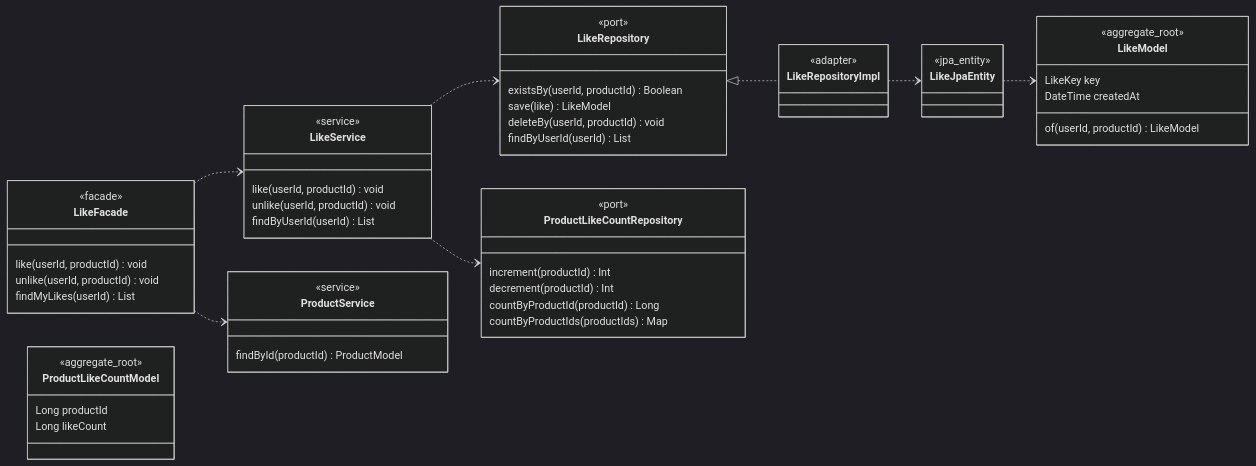
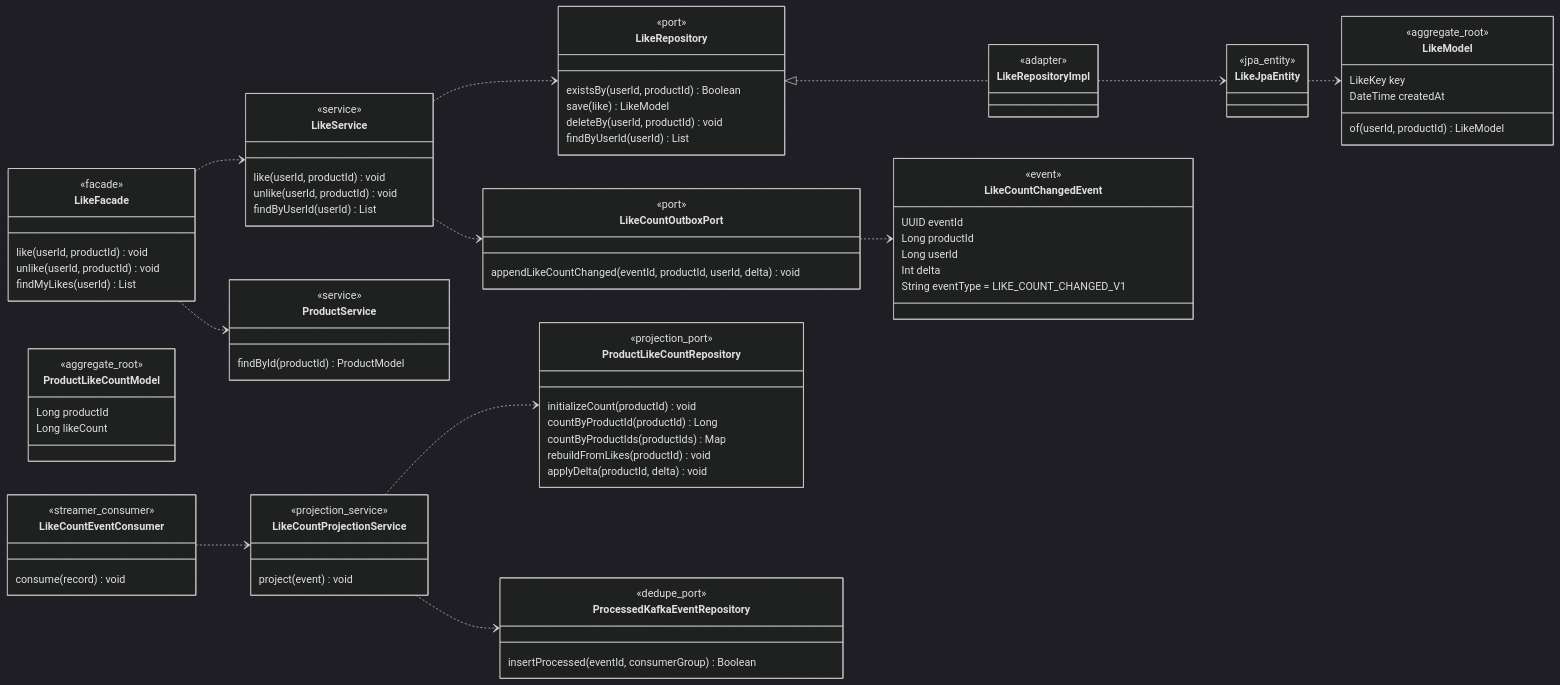
The fifth of 10 diagrams in docs/design/03-class-diagram.md (loopers-labs/loop-pack-be-l2-vol4-kotlin), drawn with Mermaid (dark theme) before and after one commit. The commit also changed other lines of this file and 3 other files, not shown here.

```diff
--- a/docs/design/03-class-diagram.md
+++ b/docs/design/03-class-diagram.md
@@ -520,18 +520,52 @@
         Long likeCount
     }
 
+    class LikeCountOutboxPort {
+        <<port>>
+        appendLikeCountChanged(eventId, productId, userId, delta) void
+    }
+
+    class LikeCountChangedEvent {
+        <<event>>
+        UUID eventId
+        Long productId
+        Long userId
+        Int delta
+        String eventType = LIKE_COUNT_CHANGED_V1
+    }
+
     class ProductLikeCountRepository {
-        <<port>>
-        increment(productId) Int
-        decrement(productId) Int
+        <<projection_port>>
+        initializeCount(productId) void
         countByProductId(productId) Long
         countByProductIds(productIds) Map
+        rebuildFromLikes(productId) void
+        applyDelta(productId, delta) void
+    }
+
+    class LikeCountEventConsumer {
+        <<streamer_consumer>>
+        consume(record) void
+    }
+
+    class LikeCountProjectionService {
+        <<projection_service>>
+        project(event) void
+    }
+
+    class ProcessedKafkaEventRepository {
+        <<dedupe_port>>
+        insertProcessed(eventId, consumerGroup) Boolean
     }
 
     LikeFacade ..> ProductService
     LikeFacade ..> LikeService
     LikeService ..> LikeRepository
-    LikeService ..> ProductLikeCountRepository
+    LikeService ..> LikeCountOutboxPort
+    LikeCountOutboxPort ..> LikeCountChangedEvent
+    LikeCountEventConsumer ..> LikeCountProjectionService
+    LikeCountProjectionService ..> ProductLikeCountRepository
+    LikeCountProjectionService ..> ProcessedKafkaEventRepository
     LikeRepository <|.. LikeRepositoryImpl
     LikeRepositoryImpl ..> LikeJpaEntity
     LikeJpaEntity ..> LikeModel
```
